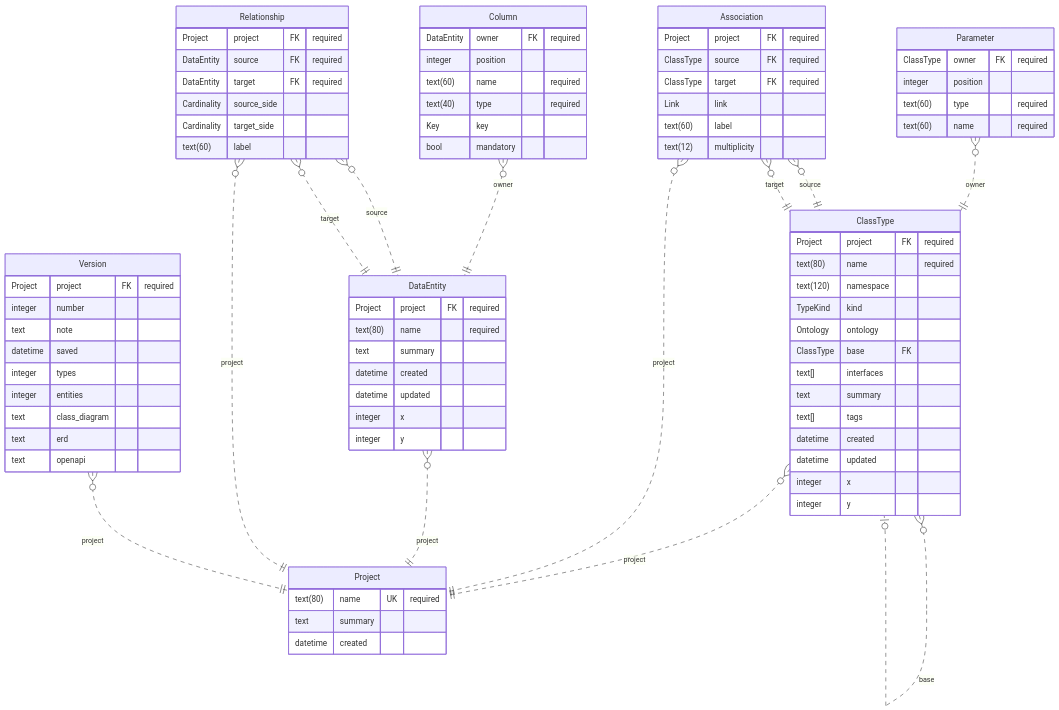
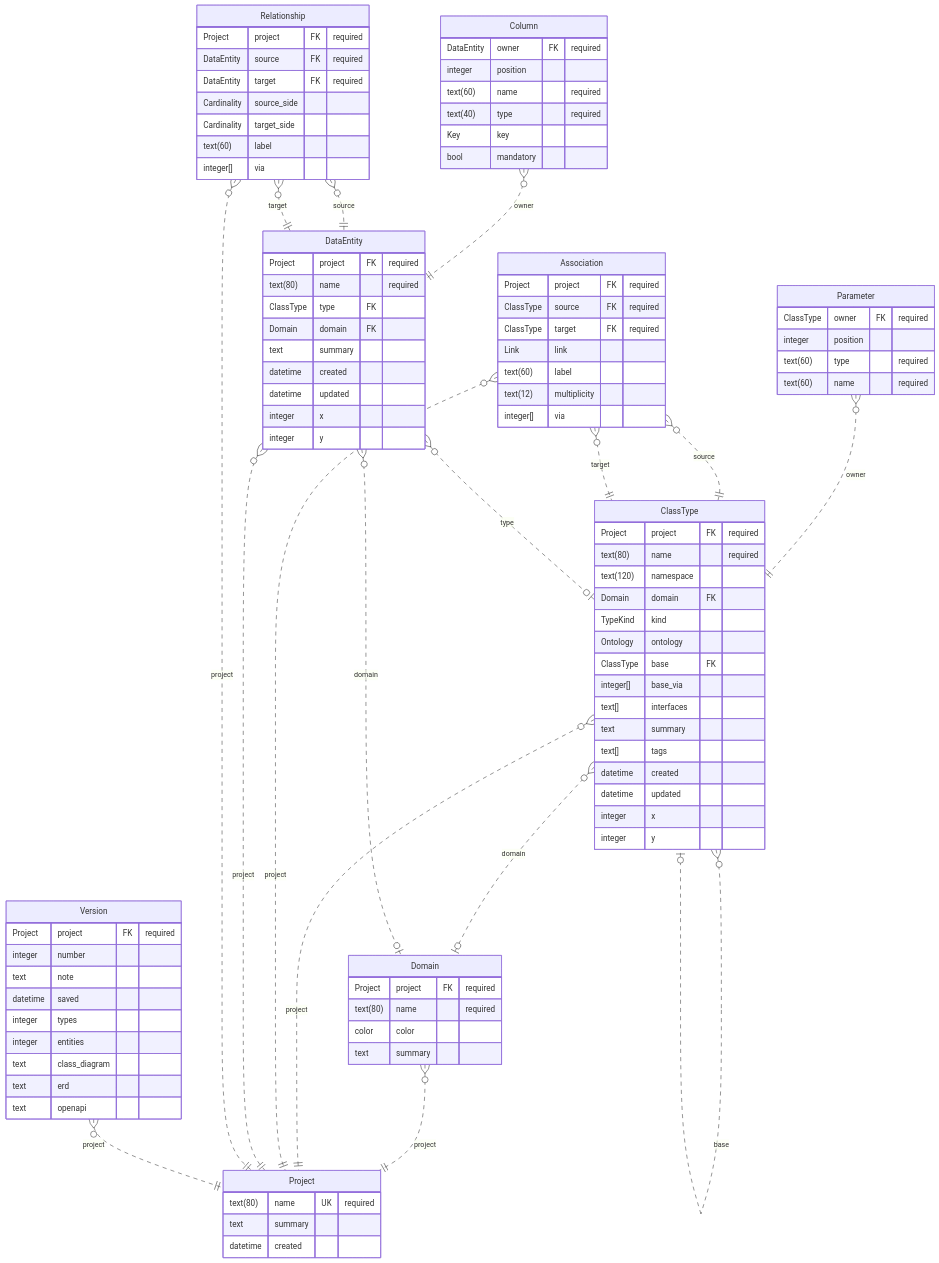
One commit to petervdpas/Clarity changed the diagram in examples/modelling/diagrams/data-model.mermaid. Above: the diagram before and after it, drawn with Mermaid. The commit also changed 7 other files, not shown here.

```diff
--- a/examples/modelling/diagrams/data-model.mermaid
+++ b/examples/modelling/diagrams/data-model.mermaid
@@ -1,92 +1,107 @@
 erDiagram
     Project {
         text(80) name UK "required"
         text summary
         datetime created
     }
+    Domain {
+        Project project FK "required"
+        text(80) name "required"
+        color color
+        text summary
+    }
     ClassType {
         Project project FK "required"
         text(80) name "required"
         text(120) namespace
+        Domain domain FK
         TypeKind kind
         Ontology ontology
         ClassType base FK
+        integer[] base_via
         text[] interfaces
         text summary
         text[] tags
         datetime created
         datetime updated
         integer x
         integer y
     }
     Parameter {
         ClassType owner FK "required"
         integer position
         text(60) type "required"
         text(60) name "required"
     }
     Association {
         Project project FK "required"
         ClassType source FK "required"
         ClassType target FK "required"
         Link link
         text(60) label
         text(12) multiplicity
+        integer[] via
     }
     DataEntity {
         Project project FK "required"
         text(80) name "required"
+        ClassType type FK
+        Domain domain FK
         text summary
         datetime created
         datetime updated
         integer x
         integer y
     }
     Column {
         DataEntity owner FK "required"
         integer position
         text(60) name "required"
         text(40) type "required"
         Key key
         bool mandatory
     }
     Relationship {
         Project project FK "required"
         DataEntity source FK "required"
         DataEntity target FK "required"
         Cardinality source_side
         Cardinality target_side
         text(60) label
+        integer[] via
     }
     Version {
         Project project FK "required"
         integer number
         text note
         datetime saved
         integer types
         integer entities
         text class_diagram
         text erd
         text openapi
     }
+    Domain }o..|| Project : project
     ClassType }o..|| Project : project
+    ClassType }o..o| Domain : domain
     ClassType }o..o| ClassType : base
     Parameter }o..|| ClassType : owner
     Association }o..|| Project : project
     Association }o..|| ClassType : source
     Association }o..|| ClassType : target
     DataEntity }o..|| Project : project
+    DataEntity }o..o| ClassType : type
+    DataEntity }o..o| Domain : domain
     Column }o..|| DataEntity : owner
     Relationship }o..|| Project : project
     Relationship }o..|| DataEntity : source
     Relationship }o..|| DataEntity : target
     Version }o..|| Project : project
     %% clarity: Project at 40,40
     %% clarity: ClassType at 770,-279
     %% clarity: Parameter at 1235,-164
     %% clarity: Association at -1,-252
     %% clarity: DataEntity at 73,459
     %% clarity: Column at 51,819
     %% clarity: Relationship at 552,474
     %% clarity: Version at -286,492
-    %% clarity: Relationship -> Project : project via 428,127
```
